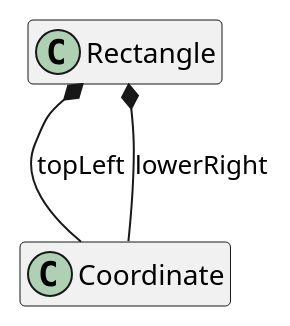
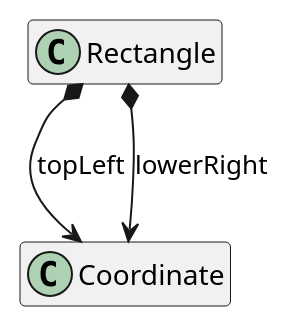
Diagram 12 of 18 in articles/model-anatomy.adoc (LionWeb-io/specification), drawn with PlantUML before and after one commit. The commit also changed other lines of this file, not shown here.

```diff
--- a/articles/model-anatomy.adoc
+++ b/articles/model-anatomy.adoc
@@ -360,11 +361,11 @@
 [plantuml, rectangle, svg]
 ----
 hide empty members
 
 class Rectangle
 
 class Coordinate
 
-Rectangle *-- Coordinate: topLeft
-Rectangle *-- Coordinate: lowerRight
+Rectangle *--> Coordinate: topLeft
+Rectangle *--> Coordinate: lowerRight
 ----
```
